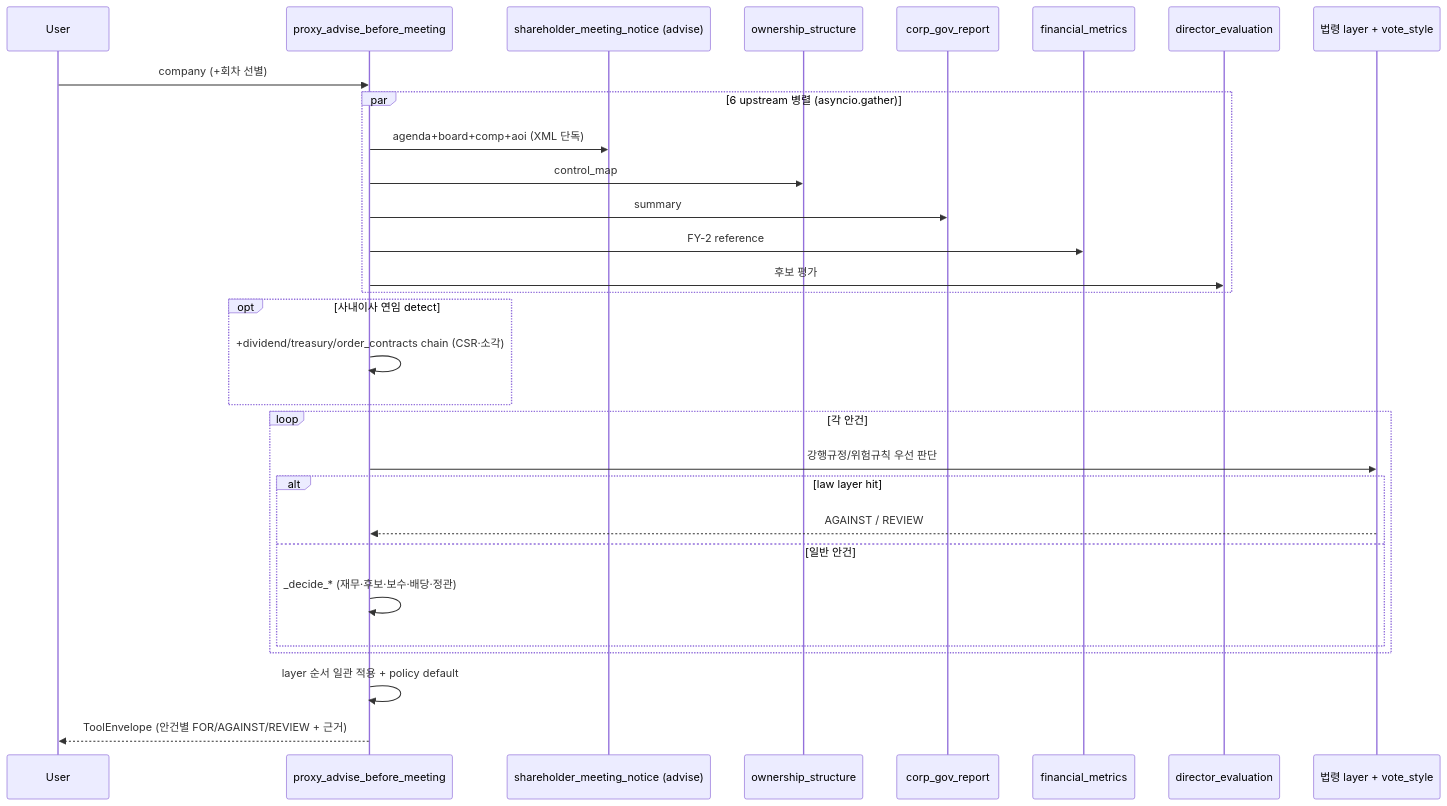
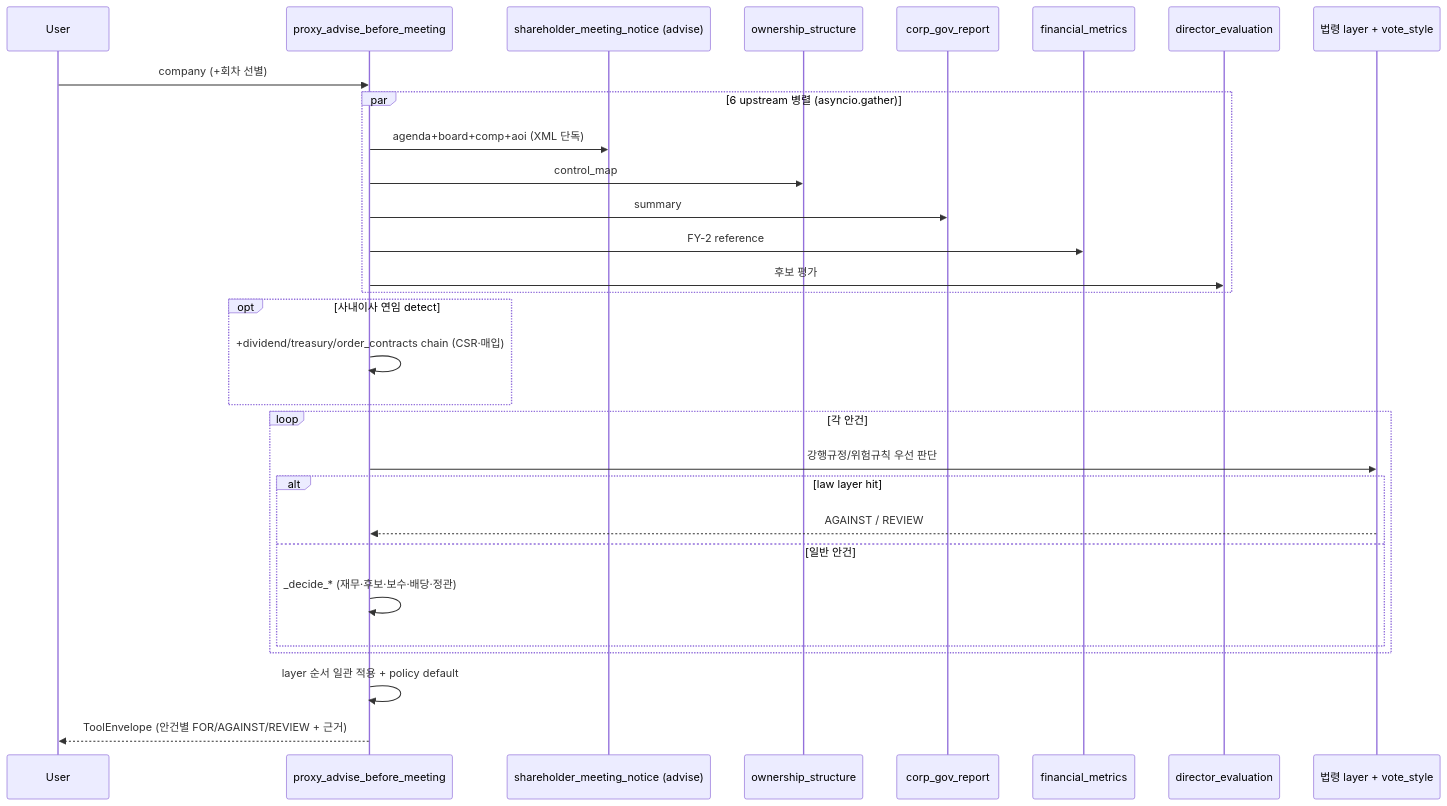
The diagram in wiki/tools/proxy_advise_before_meeting.md (MarcoYou/open-proxy-mcp), drawn with Mermaid before and after one commit. The commit also changed other lines of this file and 3 other files, not shown here.

````diff
--- a/wiki/tools/proxy_advise_before_meeting.md
+++ b/wiki/tools/proxy_advise_before_meeting.md
@@ -518,32 +518,32 @@
 ```mermaid
 sequenceDiagram
     participant U as User
     participant T as proxy_advise_before_meeting
     participant SM as shareholder_meeting_notice (advise)
     participant OW as ownership_structure
     participant CG as corp_gov_report
     participant FM as financial_metrics
     participant DE as director_evaluation
     participant LAW as 법령 layer + vote_style
     U->>T: company (+회차 선별)
     par 6 upstream 병렬 (asyncio.gather)
         T->>SM: agenda+board+comp+aoi (XML 단독)
         T->>OW: control_map
         T->>CG: summary
         T->>FM: FY-2 reference
         T->>DE: 후보 평가
     end
     opt 사내이사 연임 detect
-        T->>T: +dividend/treasury/order_contracts chain (CSR·소각)
+        T->>T: +dividend/treasury/order_contracts chain (CSR·매입)
     end
     loop 각 안건
         T->>LAW: 강행규정/위험규칙 우선 판단
         alt law layer hit
             LAW-->>T: AGAINST / REVIEW
         else 일반 안건
             T->>T: _decide_* (재무·후보·보수·배당·정관)
         end
     end
     T->>T: layer 순서 일관 적용 + policy default
     T-->>U: ToolEnvelope (안건별 FOR/AGAINST/REVIEW + 근거)
 ```
````
